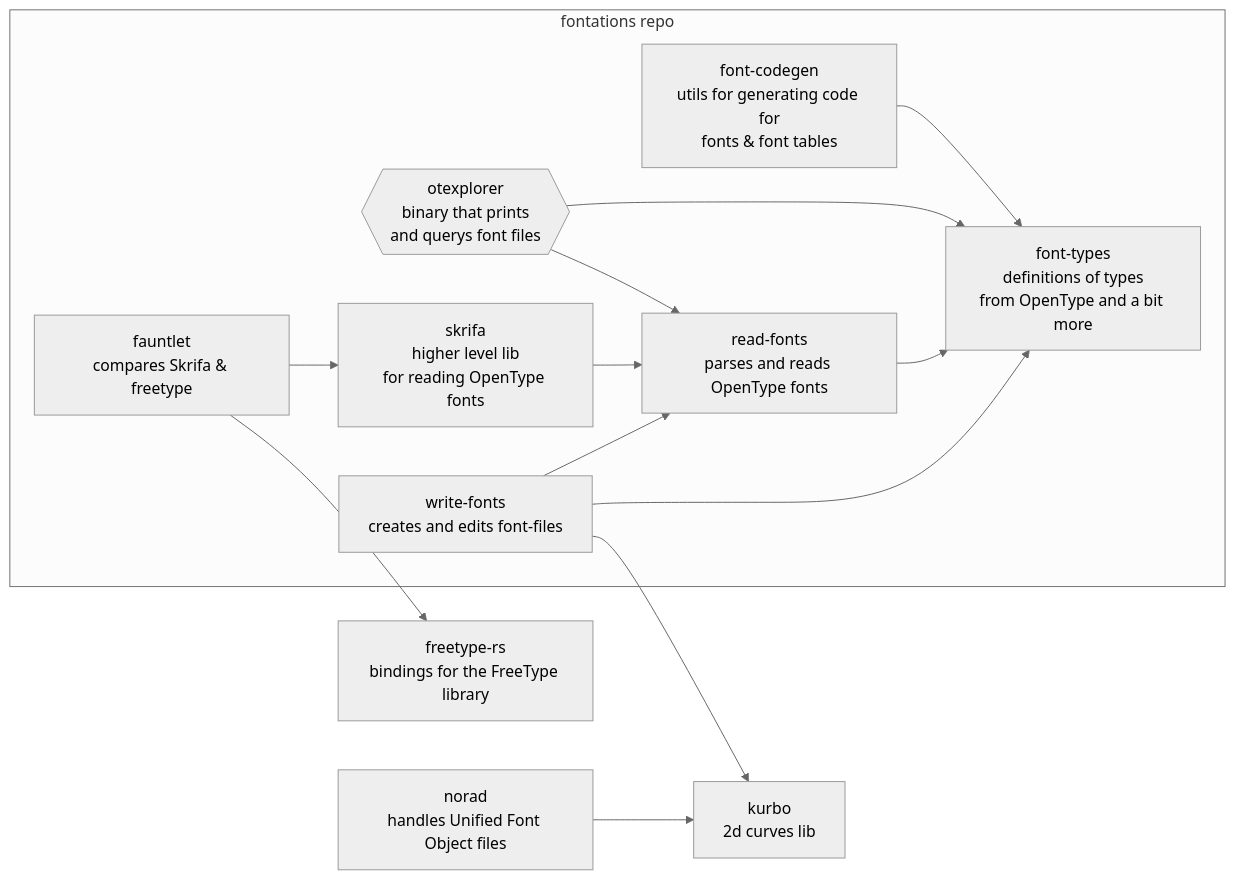
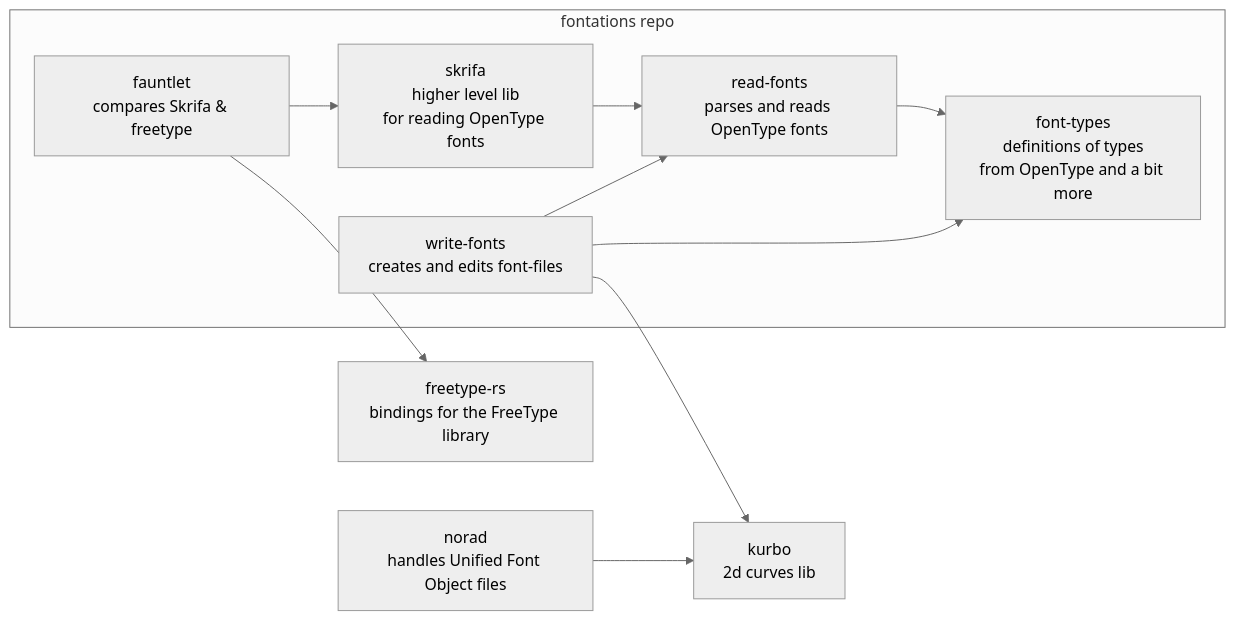
One commit to googlefonts/fontations changed the diagram in README.md. Above: the diagram before and after it, drawn with Mermaid (neutral theme).

Commit message:
Drop font-codegen and otexplorer from dep graph

````diff
--- a/README.md
+++ b/README.md
@@ -33,43 +33,38 @@
 ```mermaid
 %% This is a map of non-dev font-related dependencies.
 %% See https://mermaid.live/edit for a lightweight editing environment for
 %% mermaid diagrams.
 
 graph LR
     %% First we define the nodes and give them short descriptions.
     %% We group them into subgraphs by repo so that the visual layout
     %% maps to the source layout, as this is intended for contributors.
     %% https://github.com/googlefonts/fontations
     subgraph fontations[fontations repo]
         fauntlet[fauntlet\ncompares Skrifa & freetype]
-        font-codegen[font-codegen\nutils for generating code for\nfonts & font tables]
         font-types[font-types\ndefinitions of types\nfrom OpenType and a bit more]
-        otexplorer{{otexplorer\nbinary that prints \nand querys font files}}
         read-fonts[read-fonts\nparses and reads OpenType fonts]
         skrifa[skrifa\nhigher level lib\nfor reading OpenType fonts]
         write-fonts[write-fonts\ncreates and edits font-files]
     end
 
     %% https://github.com/linebender/kurbo
     kurbo[kurbo\n2d curves lib]
     %% https://github.com/linebender/norad
     norad[norad\nhandles Unified Font Object files]
     %% https://github.com/PistonDevelopers/freetype-rs
     freetype-rs[freetype-rs\nbindings for the FreeType library]
 
     %% Now define the edges.
     %% Made by hand on March 20, 2024, probably not completely correct.
     %% Should be easy to automate if we want to, main thing is to
     %% define the crates of interest.
     fauntlet --> skrifa
     fauntlet --> freetype-rs
-    font-codegen --> font-types
-    otexplorer --> read-fonts
-    otexplorer --> font-types
     read-fonts --> font-types
     skrifa --> read-fonts
     write-fonts --> font-types
     write-fonts --> read-fonts
     write-fonts --> kurbo
     norad --> kurbo
 ```
````
